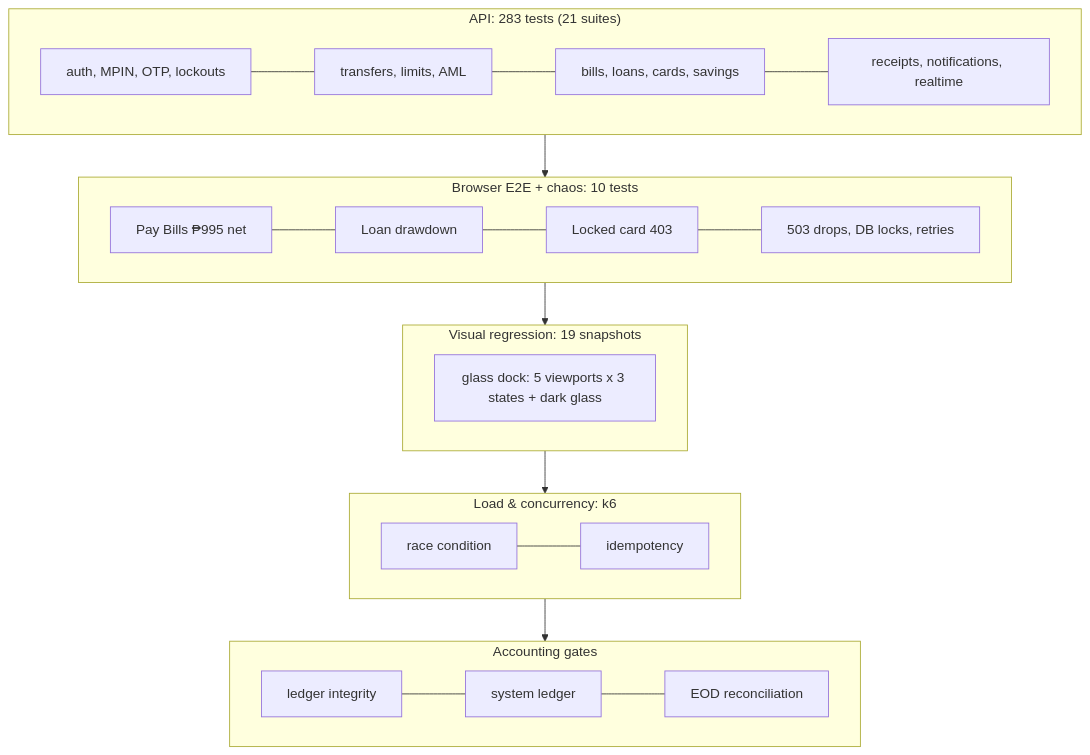
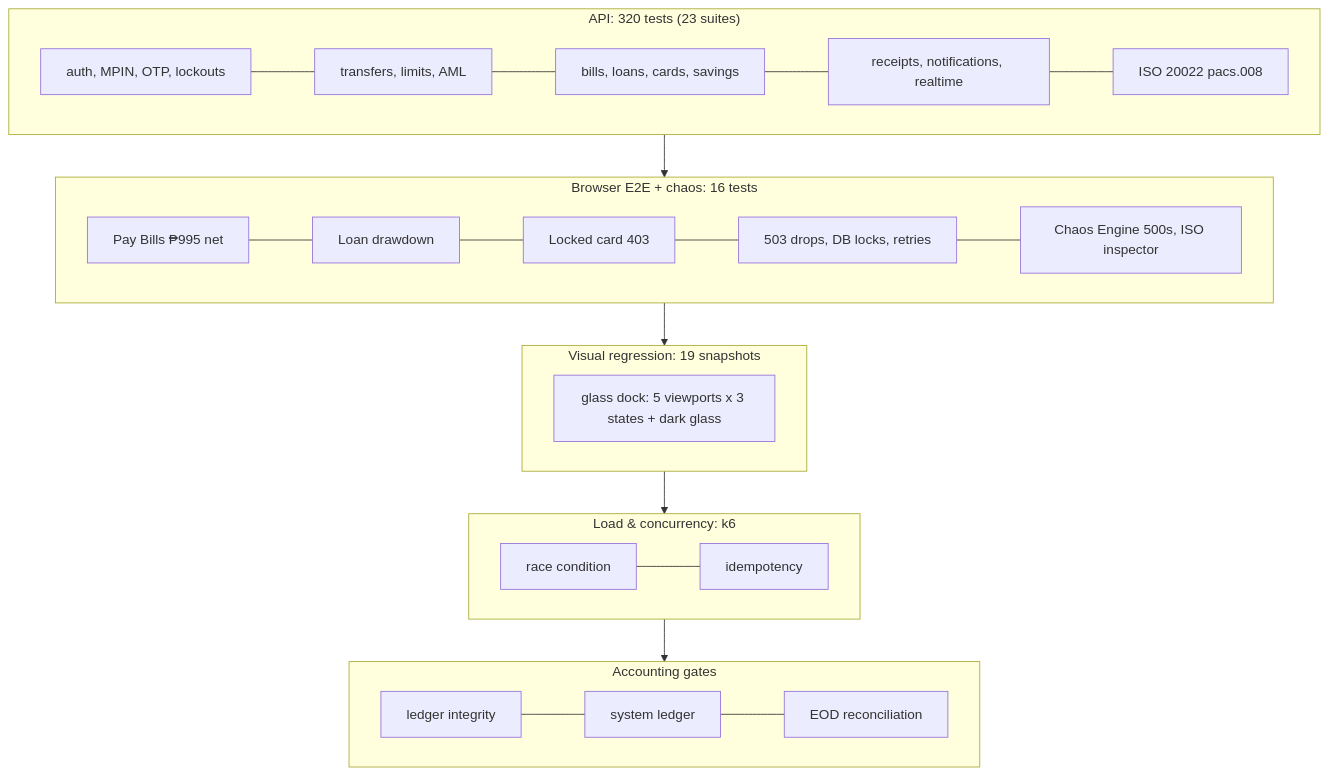
The first of 3 diagrams in README.md (brylleopada77/PayPulse), drawn with Mermaid before and after one commit. The commit also changed other lines of this file and 18 other files, not shown here.

First line of the commit message:
Chaos Engine, ISO 20022 Message Inspector, ledger invariant gate, QA pipeline

````diff
--- a/README.md
+++ b/README.md
@@ -52,21 +52,21 @@
 ```mermaid
 flowchart TB
-  subgraph L1["API: 283 tests (21 suites)"]
+  subgraph L1["API: 320 tests (23 suites)"]
     a1[auth, MPIN, OTP, lockouts] --- a2[transfers, limits, AML]
     a2 --- a3[bills, loans, cards, savings]
-    a3 --- a4[receipts, notifications, realtime]
+    a3 --- a4[receipts, notifications, realtime] --- a5[ISO 20022 pacs.008]
   end
-  subgraph L2["Browser E2E + chaos: 10 tests"]
-    b1[Pay Bills ₱995 net] --- b2[Loan drawdown] --- b3[Locked card 403] --- b4[503 drops, DB locks, retries]
+  subgraph L2["Browser E2E + chaos: 16 tests"]
+    b1[Pay Bills ₱995 net] --- b2[Loan drawdown] --- b3[Locked card 403] --- b4[503 drops, DB locks, retries] --- b5[Chaos Engine 500s, ISO inspector]
   end
   subgraph L3["Visual regression: 19 snapshots"]
     v1[glass dock: 5 viewports x 3 states + dark glass]
   end
   subgraph L4["Load & concurrency: k6"]
     k1[race condition] --- k2[idempotency]
   end
   subgraph L5["Accounting gates"]
     g1[ledger integrity] --- g2[system ledger] --- g3[EOD reconciliation]
   end
   L1 --> L2 --> L3 --> L4 --> L5
 ```
````
